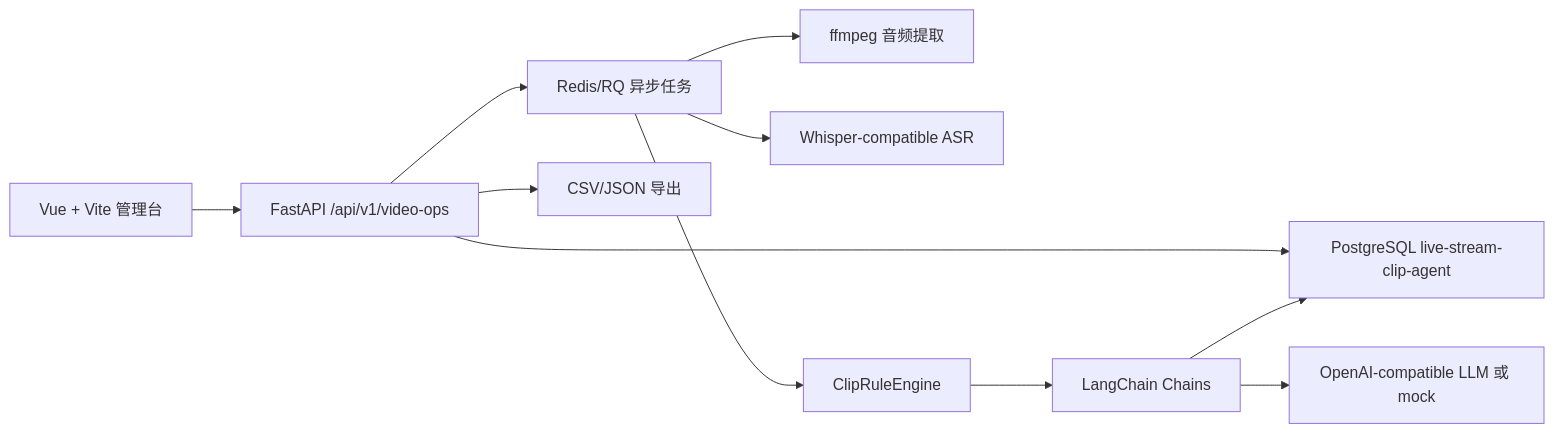
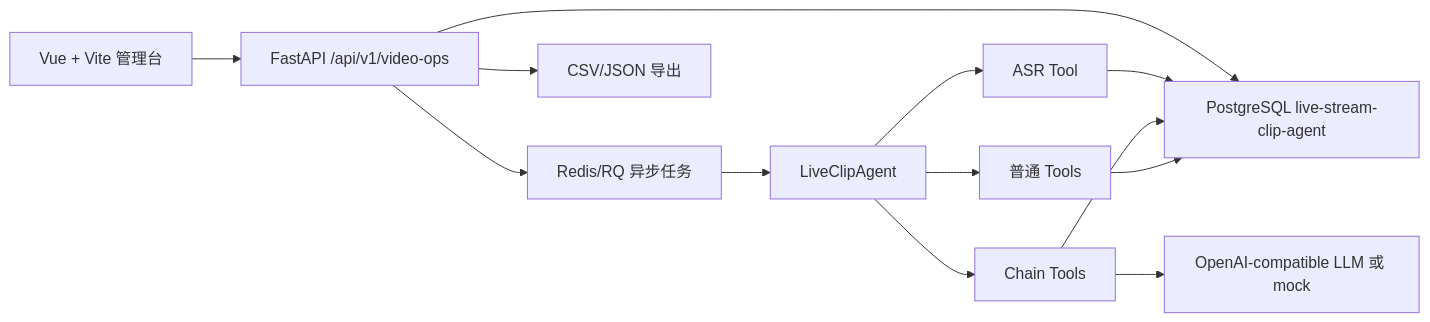
The diagram in docs/technical-design.md (lhy4258/live-clip-agent), drawn with Mermaid before and after one commit. The commit also changed other lines of this file and 15 other files, not shown here.

````diff
--- a/docs/technical-design.md
+++ b/docs/technical-design.md
@@ -72,13 +73,15 @@
 ```mermaid
 flowchart LR
   UI["Vue + Vite 管理台"] --> API["FastAPI /api/v1/video-ops"]
   API --> DB["PostgreSQL live-stream-clip-agent"]
   API --> RQ["Redis/RQ 异步任务"]
-  RQ --> FF["ffmpeg 音频提取"]
-  RQ --> ASR["Whisper-compatible ASR"]
-  RQ --> Rule["ClipRuleEngine"]
-  Rule --> LC["LangChain Chains"]
+  RQ --> Agent["LiveClipAgent"]
+  Agent --> ASR["ASR Tool"]
+  Agent --> Tools["普通 Tools"]
+  Agent --> LC["Chain Tools"]
+  ASR --> DB
   LC --> LLM["OpenAI-compatible LLM 或 mock"]
   LC --> DB
+  Tools --> DB
   API --> Export["CSV/JSON 导出"]
 ```
````
